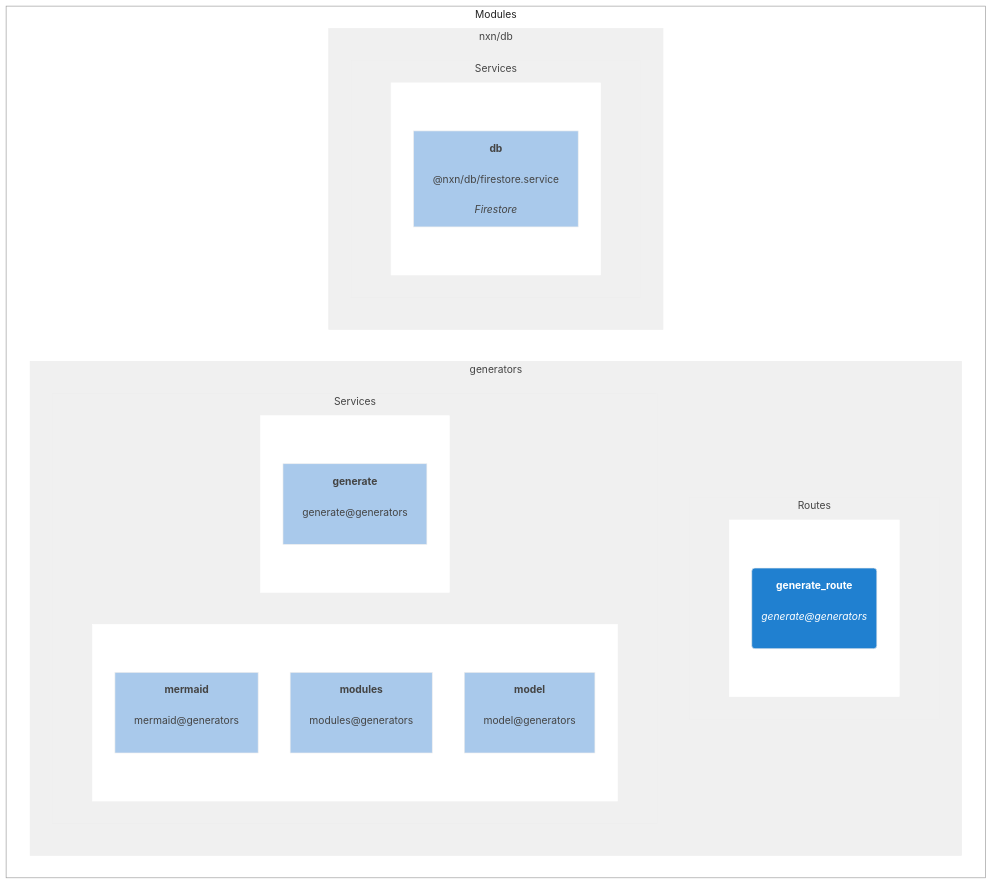
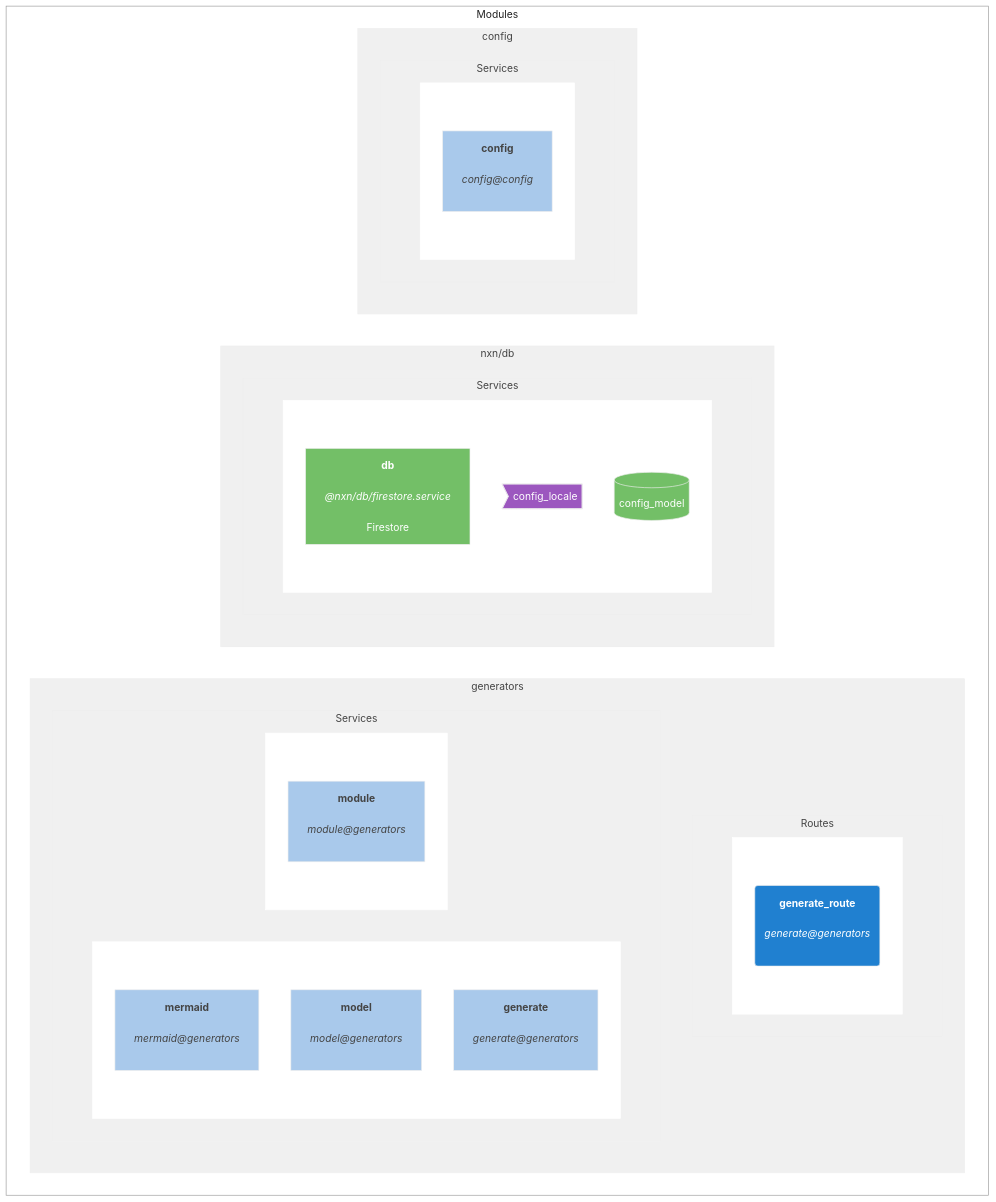
Before and after one commit to franck-yvetot/nxn-cli: the diagram in client_data/default/config_default.modules.README.mmd, drawn with Mermaid. The commit also changed 2 other files, not shown here.

Commit message:
added locale style

```diff
--- a/client_data/default/config_default.modules.README.mmd
+++ b/client_data/default/config_default.modules.README.mmd
@@ -1,77 +1,103 @@
 graph TB;
 
 subgraph Modules
     direction LR;
     classDef nodeCls fill:#C080C0,stroke:#eee,color:#fff
     classDef routeCls fill:#2080D0,stroke:#eee,color:#fff
     classDef nodCls fill:#C080C0,stroke:#eee,color:#fff
     classDef serviceCls fill:#A9C9EB,stroke:#eee,color:#444
-
+    classDef dataCls fill:#73BF67,stroke:#eee,color:#fff
+    classDef localeCls fill:#9C57BF,stroke:#eee,color:#fff
 
 subgraph generators
 direction TB;
 
 subgraph generators:routes["Routes"]
 direction LR;
 
 subgraph generators_routes1
 direction TB;
     generate_route_doc("<b>generate_route</b><br><br><i>generate@generators</i><br><br>"):::routeCls
 
 end
 style generators_routes1 fill:#fff,stroke:#fff,color:#fff
 
 end
 style generators:routes fill:#f0f0f0,stroke:#eee,color:#444
 
 
 subgraph generators:services["Services"]
 direction LR;
 
 subgraph generators_services1
 direction TB;
-    mermaid_doc["<b>mermaid</b><br><br>mermaid@generators<br><br>"]:::serviceCls
+    mermaid_doc["<b>mermaid</b><br><br><i>mermaid@generators</i><br><br>"]:::serviceCls
 
-    modules_doc["<b>modules</b><br><br>modules@generators<br><br>"]:::serviceCls
+    model_doc["<b>model</b><br><br><i>model@generators</i><br><br>"]:::serviceCls
 
-    model_doc["<b>model</b><br><br>model@generators<br><br>"]:::serviceCls
+    generate_doc["<b>generate</b><br><br><i>generate@generators</i><br><br>"]:::serviceCls
 
 end
 style generators_services1 fill:#fff,stroke:#fff,color:#fff
 
 
 subgraph generators_services2
 direction TB;
-    generate_doc["<b>generate</b><br><br>generate@generators<br><br>"]:::serviceCls
+    module_doc["<b>module</b><br><br><i>module@generators</i><br><br>"]:::serviceCls
 
 end
 style generators_services2 fill:#fff,stroke:#fff,color:#fff
 
 end
 style generators:services fill:#f0f0f0,stroke:#eee,color:#444
 
 end
 style generators fill:#f0f0f0,stroke:#eee,color:#444
 
 
 
 subgraph nxn/db
 direction TB;
 
 subgraph nxn/db:services["Services"]
 direction LR;
 
 subgraph nxn/db_services1
 direction TB;
-    db_doc["<b>db</b><br><br>@nxn/db/firestore.service<br><br><i>Firestore</i>"]:::serviceCls
+    db_doc["<b>db</b><br><br><i>@nxn/db/firestore.service</i><br><br>Firestore"]:::dataCls
+
+    config_locale_doc>"config_locale"]:::localeCls
+
+    config_model_doc[("config_model")]:::dataCls
 
 end
 style nxn/db_services1 fill:#fff,stroke:#fff,color:#fff
 
 end
 style nxn/db:services fill:#f0f0f0,stroke:#eee,color:#444
 
 end
 style nxn/db fill:#f0f0f0,stroke:#eee,color:#444
+
+
+
+subgraph config
+direction TB;
+
+subgraph config:services["Services"]
+direction LR;
+
+subgraph config_services1
+direction TB;
+    config_doc["<b>config</b><br><br><i>config@config</i><br><br>"]:::serviceCls
+
+end
+style config_services1 fill:#fff,stroke:#fff,color:#fff
+
+end
+style config:services fill:#f0f0f0,stroke:#eee,color:#444
+
+end
+style config fill:#f0f0f0,stroke:#eee,color:#444
 end
 style Modules fill:#fff,stroke:#999,color:#222
```
